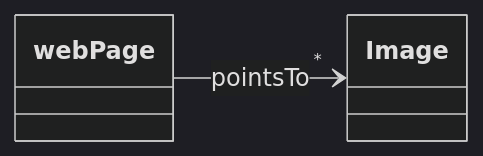
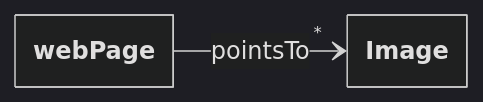
Before and after one commit to delpiter/Obsidian-Vault: the third of 9 diagrams in Git-Obsidian/Ingegneria del Software/UML/Class Diagram.md, drawn with Mermaid (dark theme). The commit also changed other lines of this file and 2 other files, not shown here.

Commit message:
Class Diagram - Generalizations

````diff
--- a/Git-Obsidian/Ingegneria del Software/UML/Class Diagram.md
+++ b/Git-Obsidian/Ingegneria del Software/UML/Class Diagram.md
@@ -139,9 +144,14 @@
 ```mermaid
+---
+  config:
+    class:
+      hideEmptyMembersBox: true
+---
 classDiagram
 direction LR
 	class webPage{
 	}
 	class Image{
 	}
 	webPage --> "*"Image : pointsTo
 ```
````
